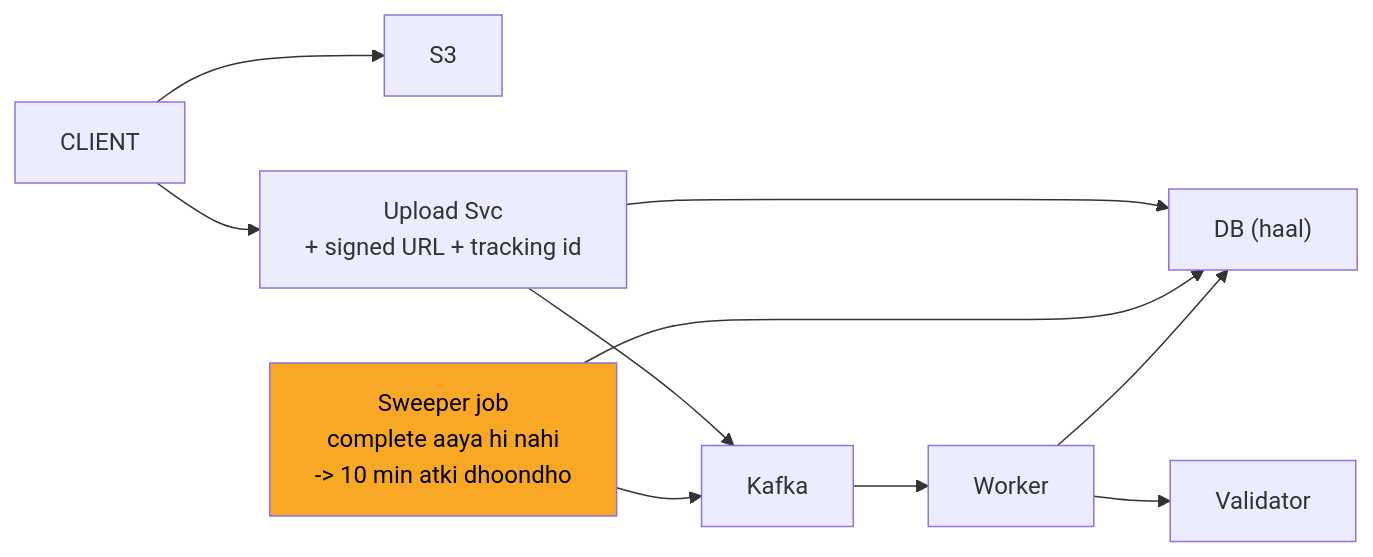
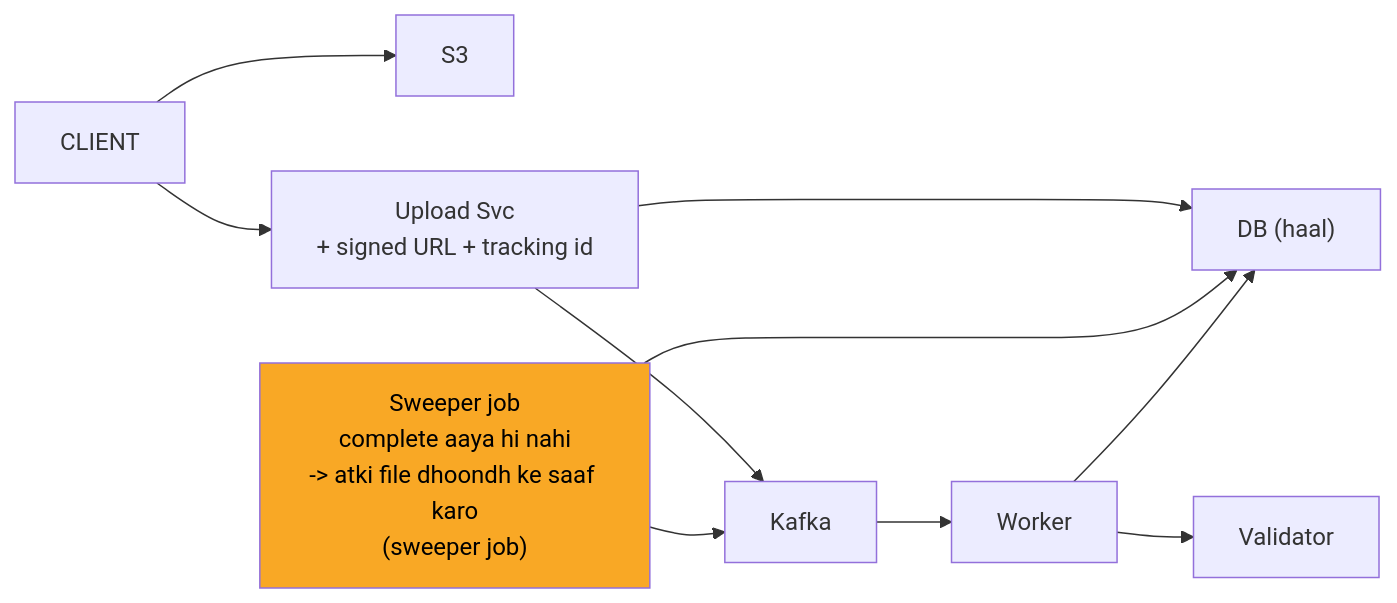
The fifth of 11 diagrams in 04_HLD/SYSTEM_DESIGNS/07_file_upload_validate_system/07_file_upload_INTERVIEW.md (ArpanMaheshwari144/Prep), drawn with Mermaid before and after one commit. The commit also changed other lines of this file and 13 other files, not shown here.

````diff
--- a/04_HLD/SYSTEM_DESIGNS/07_file_upload_validate_system/07_file_upload_INTERVIEW.md
+++ b/04_HLD/SYSTEM_DESIGNS/07_file_upload_validate_system/07_file_upload_INTERVIEW.md
@@ -195,21 +195,21 @@
 ```mermaid
 flowchart LR
     n_CLIENT["CLIENT"]
     n_S3["S3"]
     n_Upload_Svc["Upload Svc<br/>+ signed URL + tracking id"]
     n_DB["DB (haal)"]
-    n_Sweeper_job["Sweeper job<br/>complete aaya hi nahi<br/>-> 10 min atki dhoondho"]
+    n_Sweeper_job["Sweeper job<br/>complete aaya hi nahi<br/>-> atki file dhoondh ke saaf karo<br/>(sweeper job)"]
     n_Kafka["Kafka"]
     n_Worker["Worker"]
     n_Validator["Validator"]
     n_CLIENT --> n_S3
     n_CLIENT --> n_Upload_Svc
     n_Upload_Svc --> n_DB
     n_Upload_Svc --> n_Kafka
     n_Sweeper_job --> n_DB
     n_Sweeper_job --> n_Kafka
     n_Kafka --> n_Worker
     n_Worker --> n_Validator
     n_Worker --> n_DB
     style n_Sweeper_job fill:#f9a825,color:#000
 ```
````
